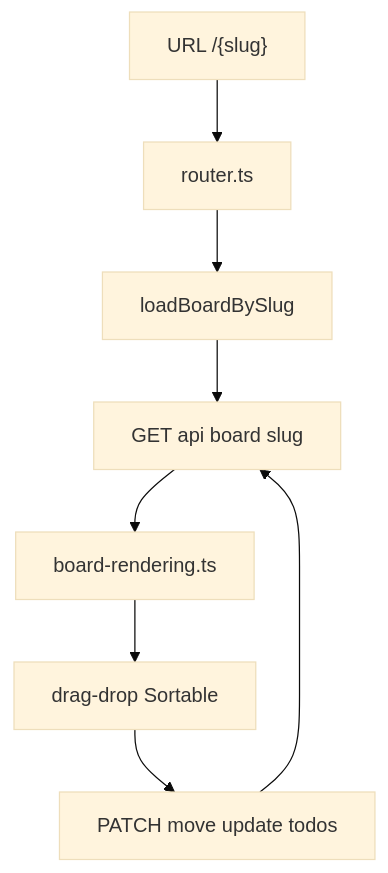
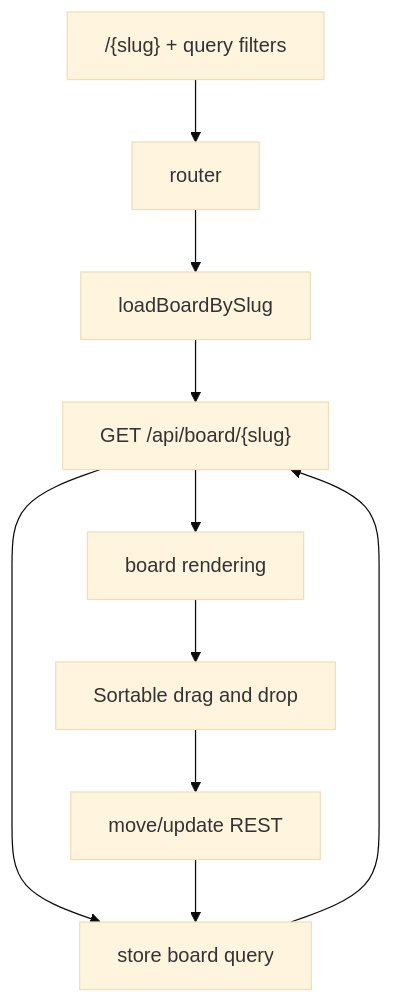
One commit to markrai/scrumboy changed the first of 5 diagrams in docs/diagrams/scrumboy_board_kanban.md. Above: the diagram before and after it, drawn with Mermaid (base theme). The commit also changed other lines of this file and 189 other files, not shown here.

````diff
--- a/docs/diagrams/scrumboy_board_kanban.md
+++ b/docs/diagrams/scrumboy_board_kanban.md
@@ -5,14 +5,15 @@
 ```mermaid
 flowchart TB
-  URL["URL /{slug}"]
-  Router[router.ts]
+  URL["/{slug} + query filters"]
+  Router[router]
   Load[loadBoardBySlug]
-  API["GET api board slug"]
-  Render[board-rendering.ts]
-  DnD[drag-drop Sortable]
-  Patch["PATCH move update todos"]
+  API["GET /api/board/{slug}"]
+  Store[store board query]
+  Render[board rendering]
+  DnD[Sortable drag and drop]
+  Patch[move/update REST]
 
-  URL --> Router --> Load --> API --> Render
-  Render --> DnD
-  DnD --> Patch --> API
+  URL --> Router --> Load --> API --> Store
+  Store --> API --> Render
+  Render --> DnD --> Patch --> Store
 ```
````
